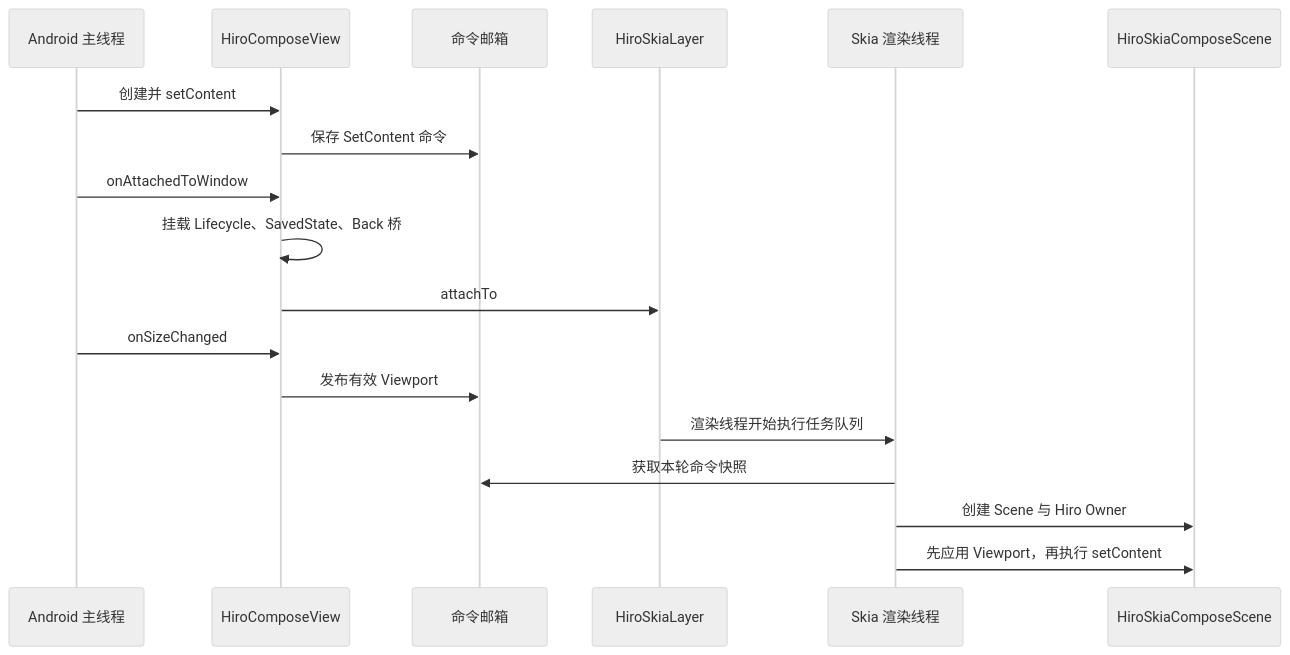
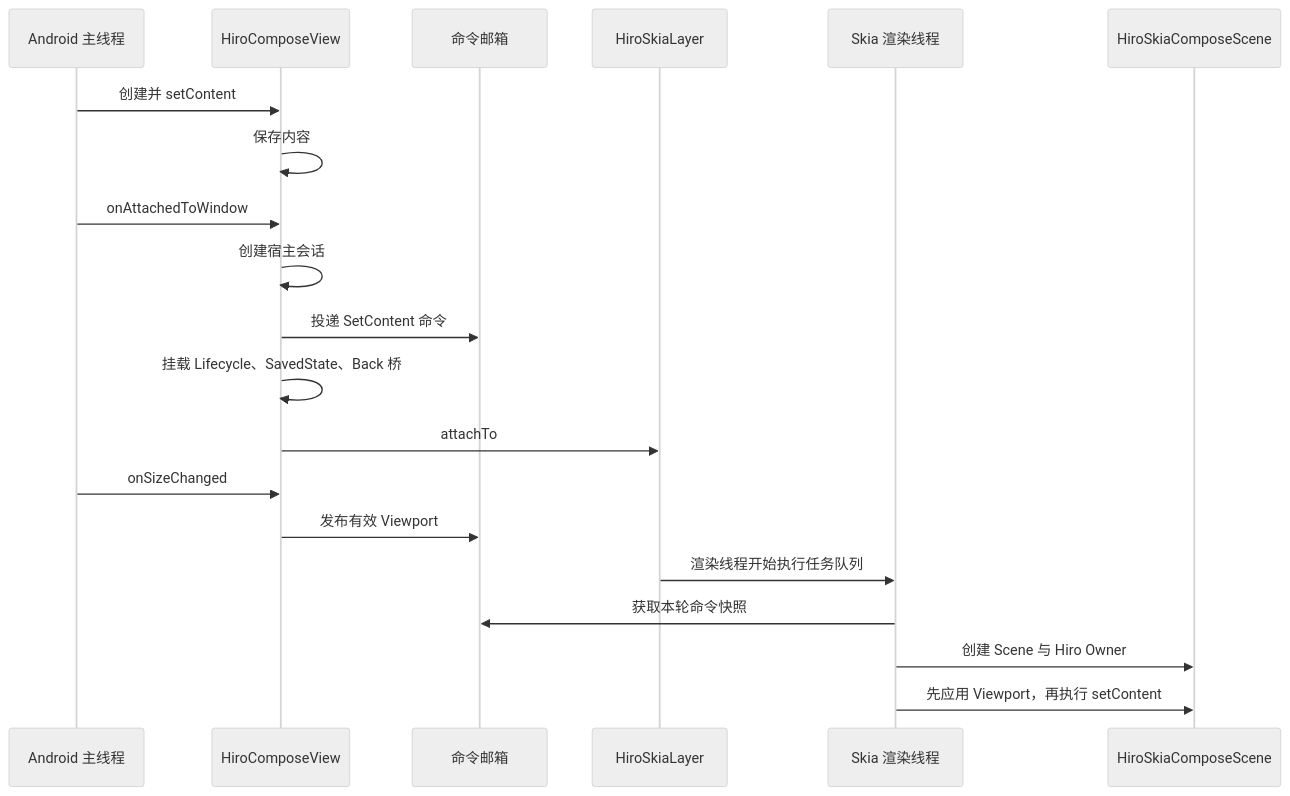
Before and after one commit to EarzuChan/Hiro: the second of 12 diagrams in docs/hiro-compose-arch.md, drawn with Mermaid (neutral theme). The commit also changed other lines of this file and 2 other files, not shown here.

````diff
--- a/docs/hiro-compose-arch.md
+++ b/docs/hiro-compose-arch.md
@@ -176,21 +178,23 @@
 ```mermaid
 sequenceDiagram
     participant Main as Android 主线程
     participant View as HiroComposeView
     participant Mailbox as 命令邮箱
     participant Layer as HiroSkiaLayer
     participant Render as Skia 渲染线程
     participant Scene as HiroSkiaComposeScene
 
     Main->>View: 创建并 setContent
-    View->>Mailbox: 保存 SetContent 命令
+    View->>View: 保存内容
     Main->>View: onAttachedToWindow
+    View->>View: 创建宿主会话
+    View->>Mailbox: 投递 SetContent 命令
     View->>View: 挂载 Lifecycle、SavedState、Back 桥
     View->>Layer: attachTo
     Main->>View: onSizeChanged
     View->>Mailbox: 发布有效 Viewport
     Layer->>Render: 渲染线程开始执行任务队列
     Render->>Mailbox: 获取本轮命令快照
     Render->>Scene: 创建 Scene 与 Hiro Owner
     Render->>Scene: 先应用 Viewport，再执行 setContent
 ```
````
